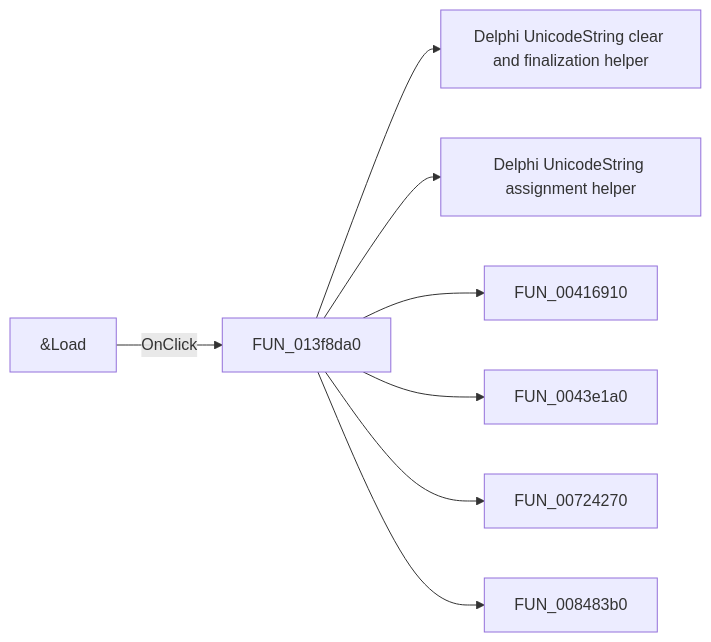
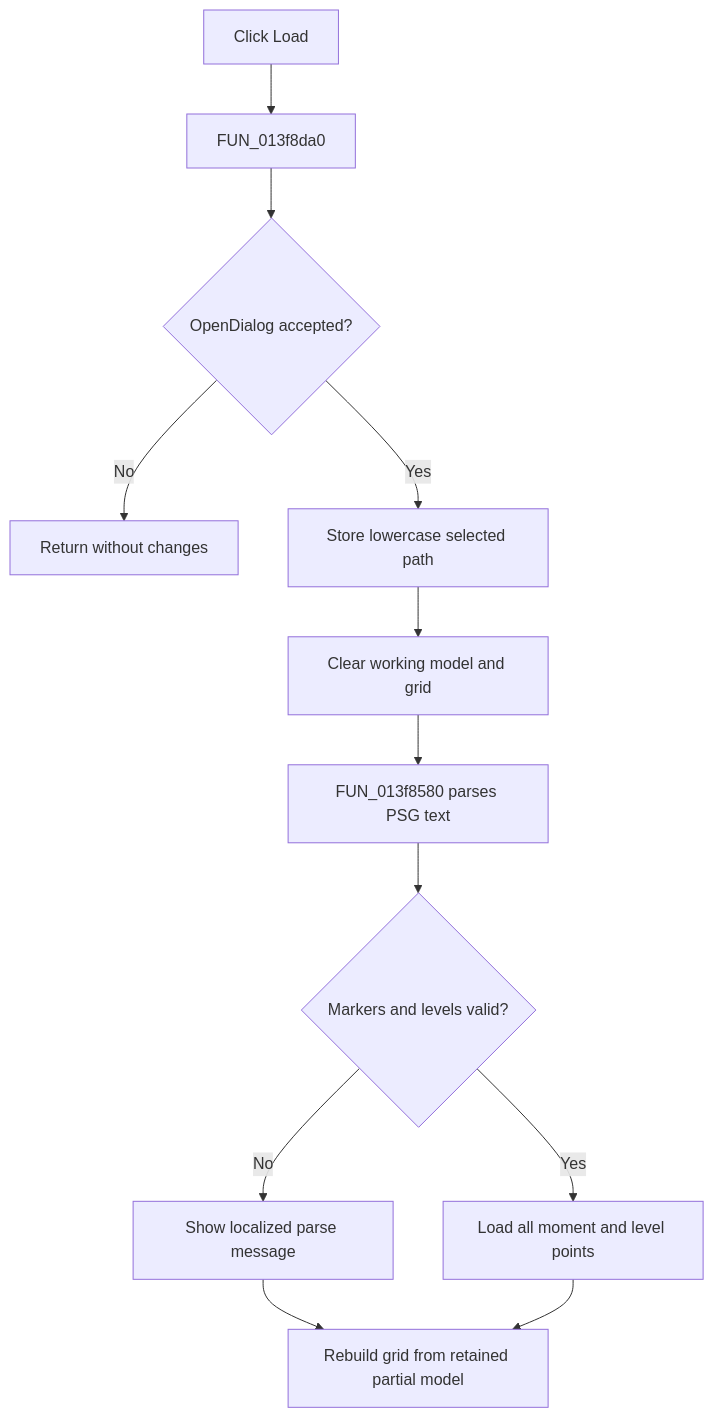
One commit to MovGP0/TIARA changed the diagram in docs/ui-controls/psgform/load-7f0323244d.md. Above: the diagram before and after it, drawn with Mermaid. The commit also changed other lines of this file and 1062 other files, not shown here.

````diff
--- a/docs/ui-controls/psgform/load-7f0323244d.md
+++ b/docs/ui-controls/psgform/load-7f0323244d.md
@@ -27,10 +31,14 @@
 ```mermaid
-flowchart LR
-    control["&Load"] -->|OnClick| handler["FUN_013f8da0"]
-    handler --> call1["Delphi UnicodeString clear and finalization helper"]
-    handler --> call2["Delphi UnicodeString assignment helper"]
-    handler --> call3["FUN_00416910"]
-    handler --> call4["FUN_0043e1a0"]
-    handler --> call5["FUN_00724270"]
-    handler --> call6["FUN_008483b0"]
+flowchart TD
+    Click["Click Load"] --> Handler["FUN_013f8da0"]
+    Handler --> Dialog{"OpenDialog accepted?"}
+    Dialog -->|No| NoOp["Return without changes"]
+    Dialog -->|Yes| Path["Store lowercase selected path"]
+    Path --> Clear["Clear working model and grid"]
+    Clear --> Parse["FUN_013f8580 parses PSG text"]
+    Parse --> Valid{"Markers and levels valid?"}
+    Valid -->|No| Message["Show localized parse message"]
+    Valid -->|Yes| Points["Load all moment and level points"]
+    Message --> Rebuild["Rebuild grid from retained partial model"]
+    Points --> Rebuild
 ```
````
